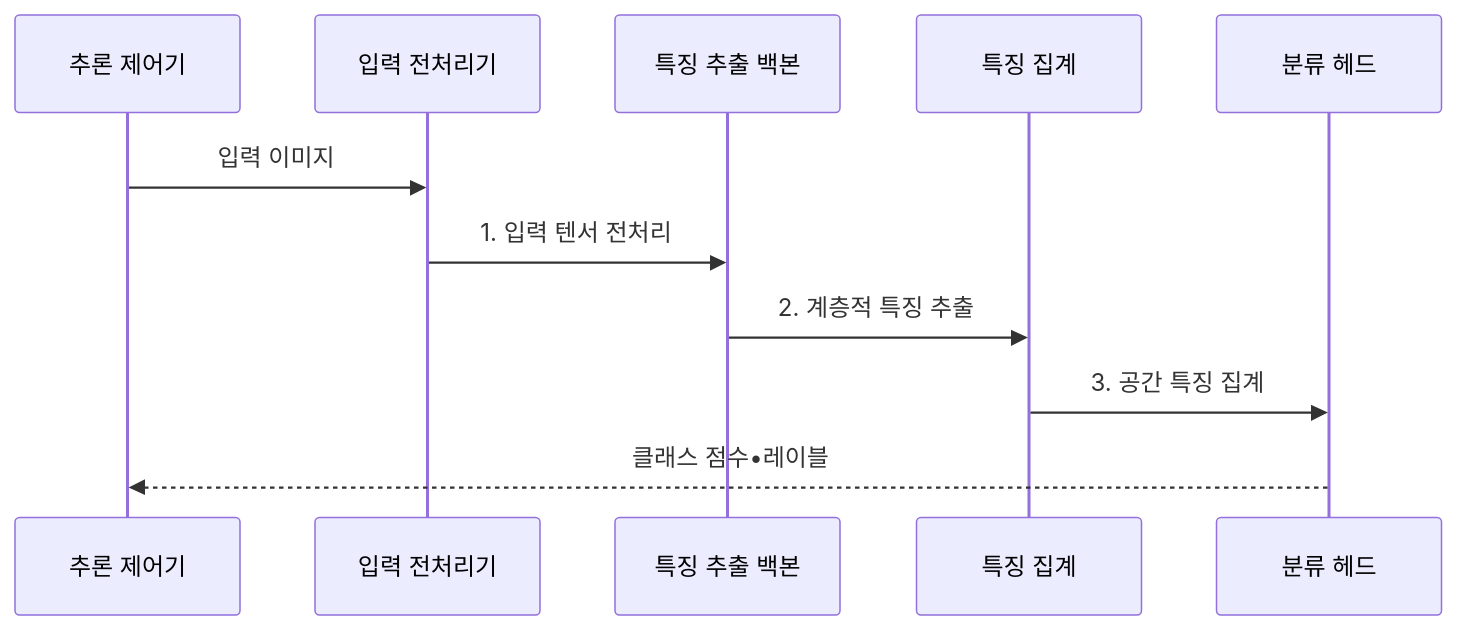
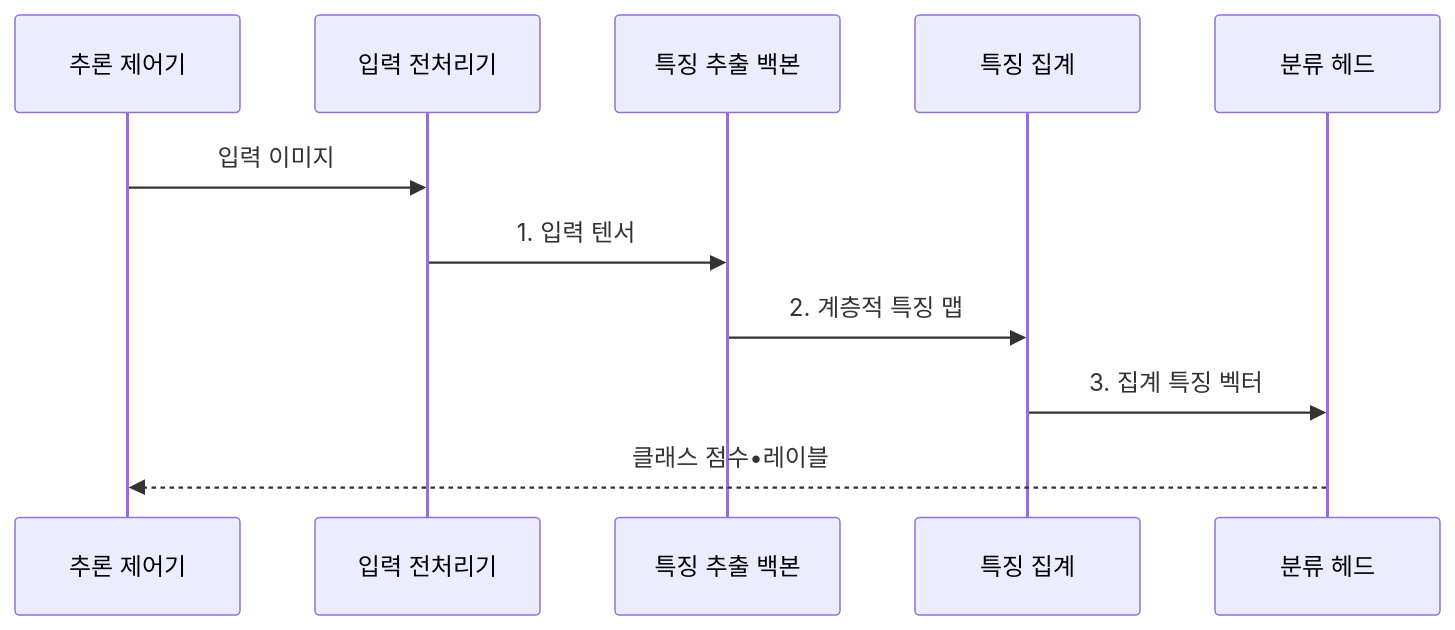
One commit to agnusdei1207/knowledge-base changed the second of 2 diagrams in src/content/docs/notes/01-basic-theory/056_image_classification.md. Above: the diagram before and after it, drawn with Mermaid. The commit also changed other lines of this file and 17 other files, not shown here.

````diff
--- a/src/content/docs/notes/01-basic-theory/056_image_classification.md
+++ b/src/content/docs/notes/01-basic-theory/056_image_classification.md
@@ -91,13 +94,13 @@
 ```mermaid
 sequenceDiagram
     participant T as 추론 제어기
     participant I as 입력 전처리기
     participant B as 특징 추출 백본
     participant G as 특징 집계
     participant H as 분류 헤드
     T->>I: 입력 이미지
-    I->>B: 1. 입력 텐서 전처리
-    B->>G: 2. 계층적 특징 추출
-    G->>H: 3. 공간 특징 집계
+    I->>B: 1. 입력 텐서
+    B->>G: 2. 계층적 특징 맵
+    G->>H: 3. 집계 특징 벡터
     H-->>T: 클래스 점수•레이블
 ```
````
